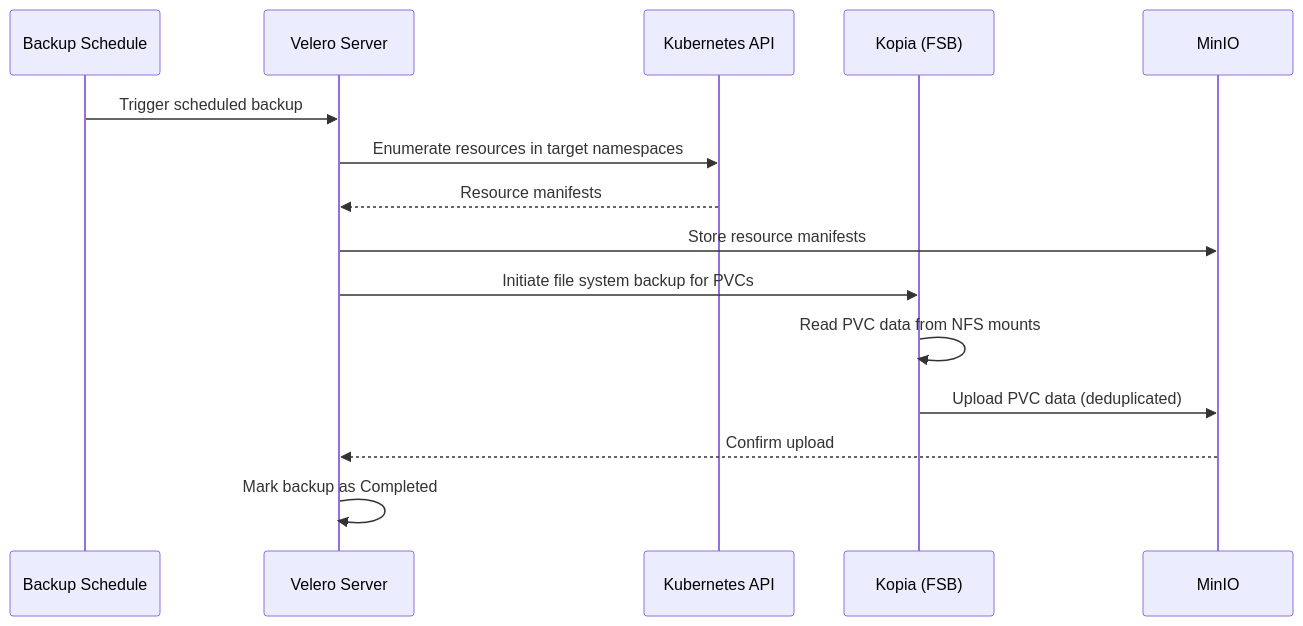
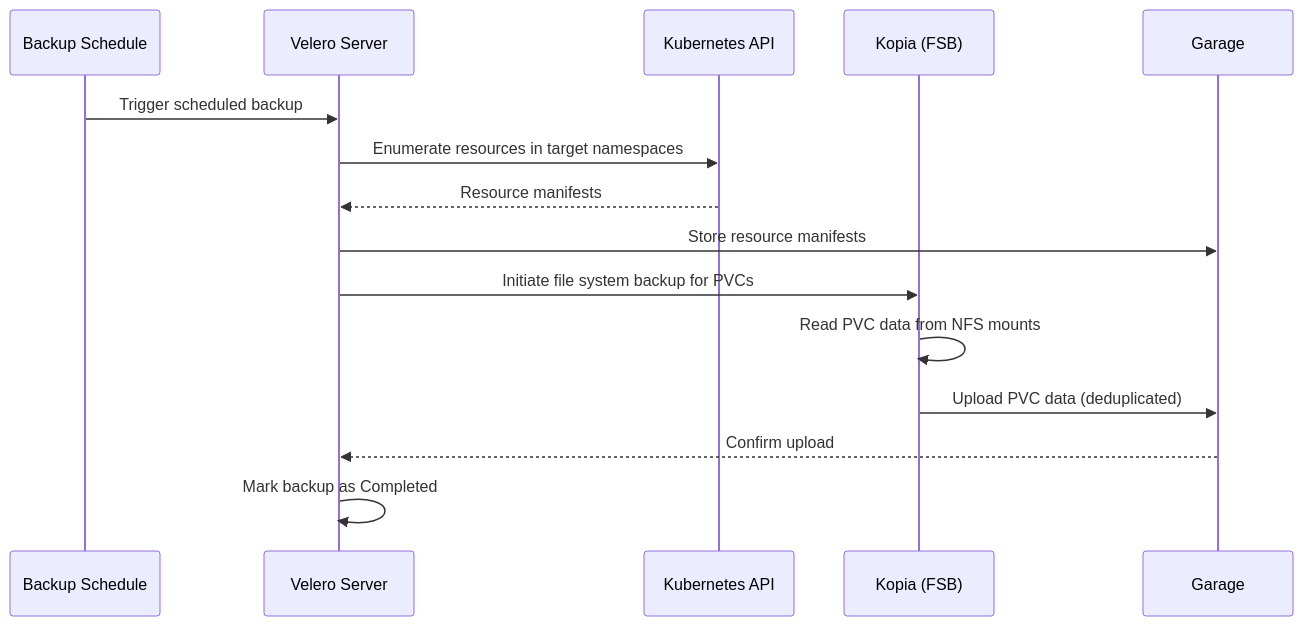
The third of 3 diagrams in docs/architecture/backups.md (kyleseneker/homelab), drawn with Mermaid before and after one commit. The commit also changed other lines of this file and 20 other files, not shown here.

Commit message:
docs(backups): document garage as velero's local target

````diff
--- a/docs/architecture/backups.md
+++ b/docs/architecture/backups.md
@@ -139,18 +145,18 @@
 ```mermaid
 sequenceDiagram
     participant schedule as Backup Schedule
     participant velero as Velero Server
     participant k8sApi as Kubernetes API
     participant kopia as Kopia (FSB)
-    participant minio as MinIO
+    participant garage as Garage
 
     schedule->>velero: Trigger scheduled backup
     velero->>k8sApi: Enumerate resources in target namespaces
     k8sApi-->>velero: Resource manifests
-    velero->>minio: Store resource manifests
+    velero->>garage: Store resource manifests
     velero->>kopia: Initiate file system backup for PVCs
     kopia->>kopia: Read PVC data from NFS mounts
-    kopia->>minio: Upload PVC data (deduplicated)
-    minio-->>velero: Confirm upload
+    kopia->>garage: Upload PVC data (deduplicated)
+    garage-->>velero: Confirm upload
     velero->>velero: Mark backup as Completed
 ```
````
